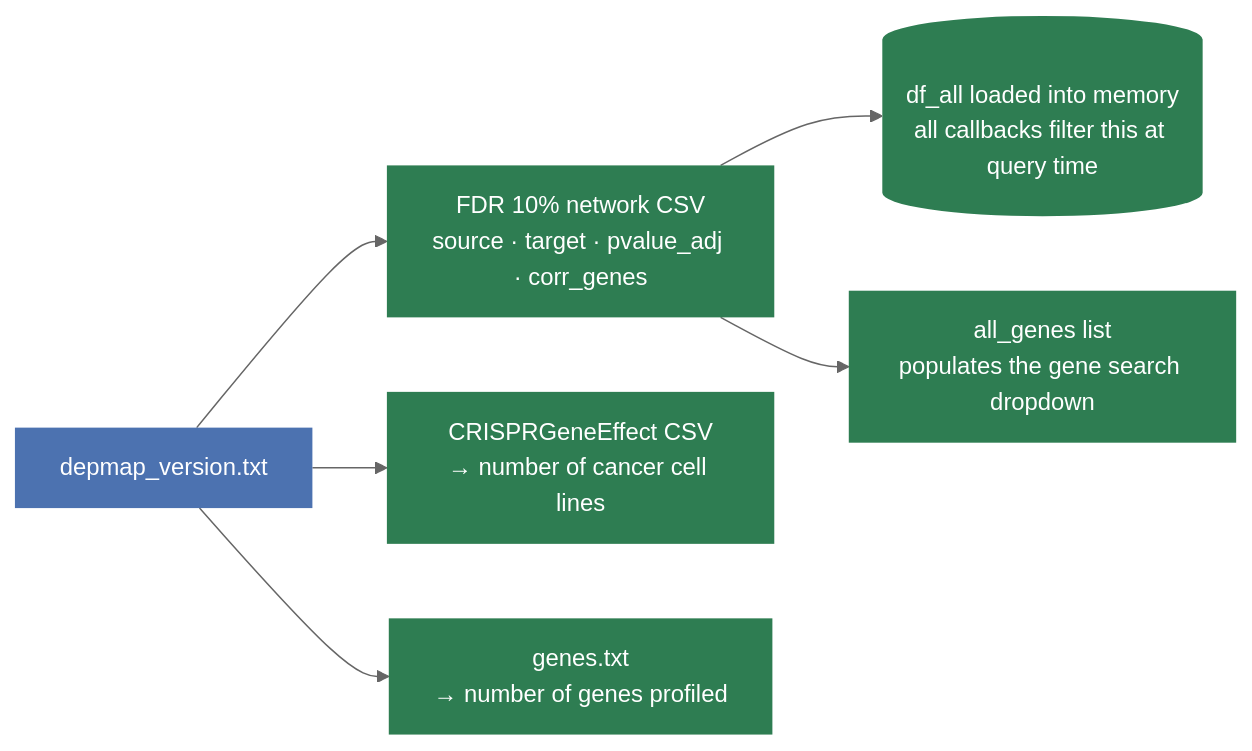
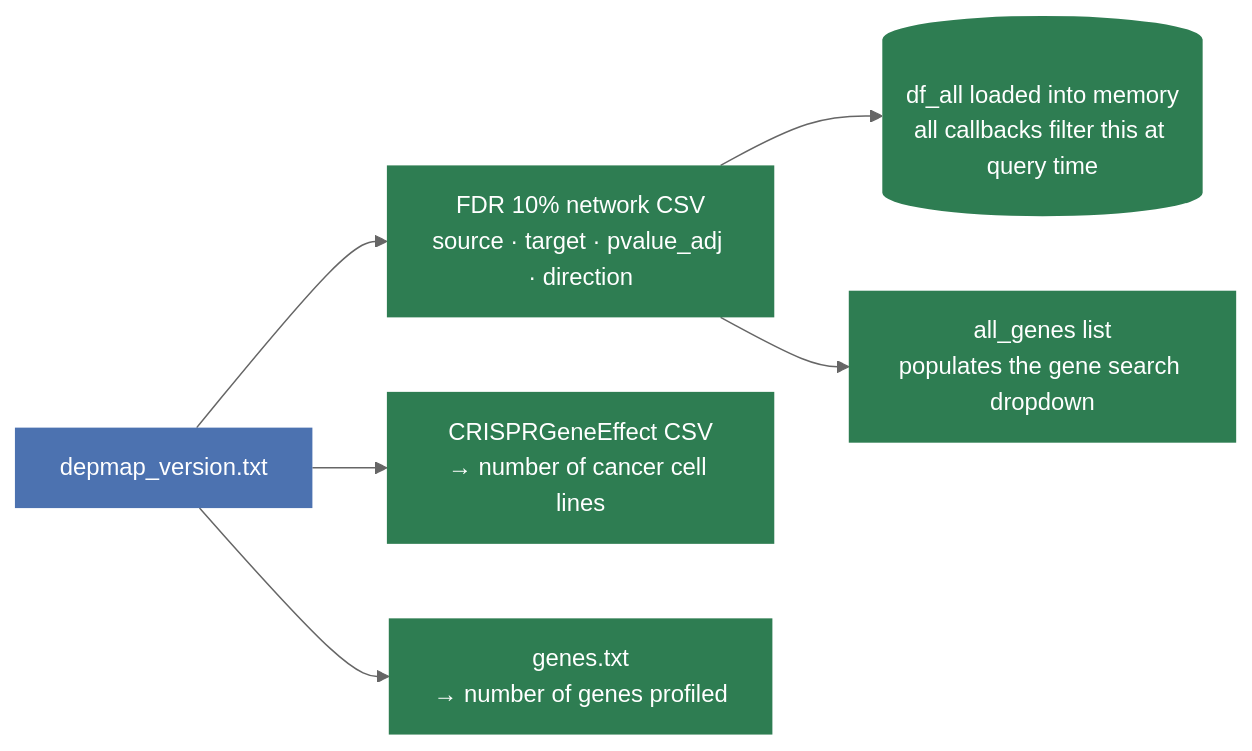
One commit to EMBL-EBI-ABC/PerturbationCatalogue changed the first of 3 diagrams in coessentiality_feature/documentation/single_gene_workflow.md. Above: the diagram before and after it, drawn with Mermaid (neutral theme). The commit also changed other lines of this file and 8 other files, not shown here.

````diff
--- a/coessentiality_feature/documentation/single_gene_workflow.md
+++ b/coessentiality_feature/documentation/single_gene_workflow.md
@@ -11,12 +11,12 @@
 ```mermaid
 flowchart LR
 
 classDef file  fill:#4C72B0,color:#fff,stroke:none
 classDef data  fill:#2E7D52,color:#fff,stroke:none
 
-A[depmap_version.txt]:::file --> B[FDR 10% network CSV\nsource · target · pvalue_adj · corr_genes]:::data
+A[depmap_version.txt]:::file --> B[FDR 10% network CSV\nsource · target · pvalue_adj · direction]:::data
 A --> C[CRISPRGeneEffect CSV\n→ number of cancer cell lines]:::data
 A --> D[genes.txt\n→ number of genes profiled]:::data
 B --> E[(df_all loaded into memory\nall callbacks filter this at query time)]:::data
 B --> F[all_genes list\npopulates the gene search dropdown]:::data
 ```
````
